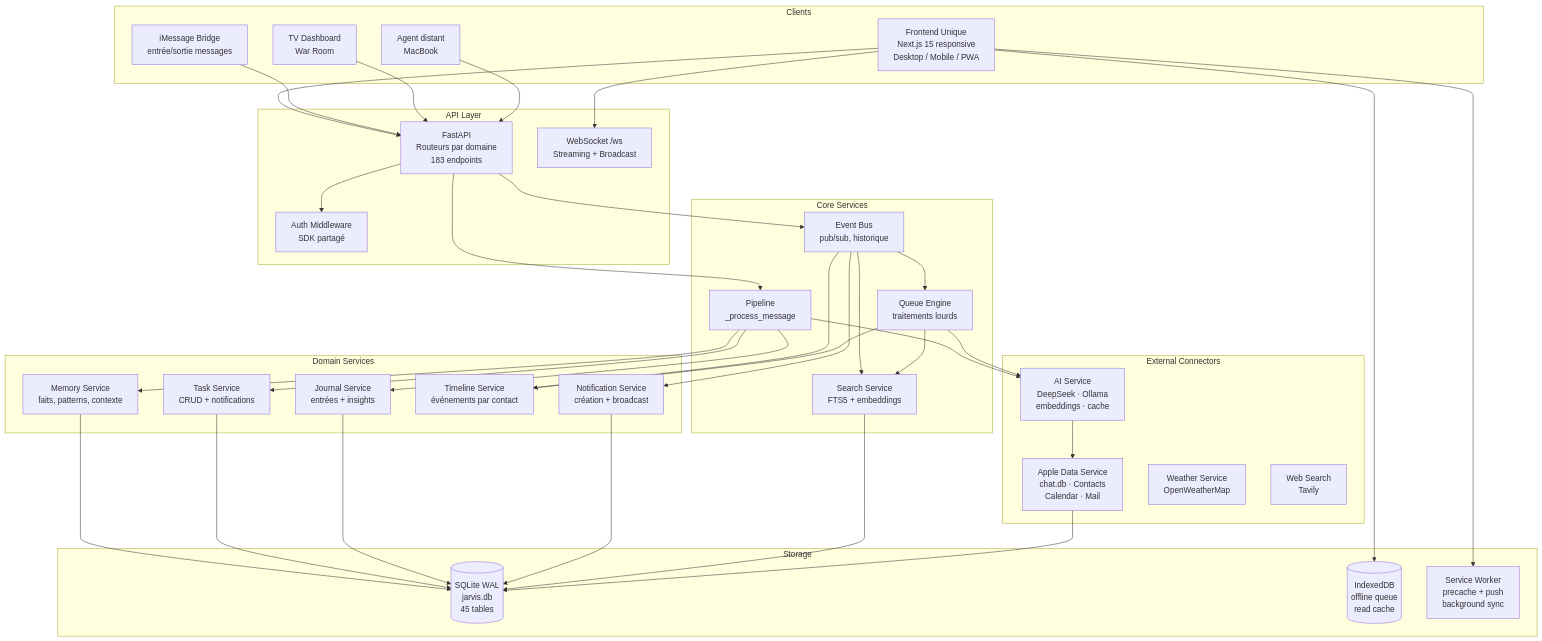
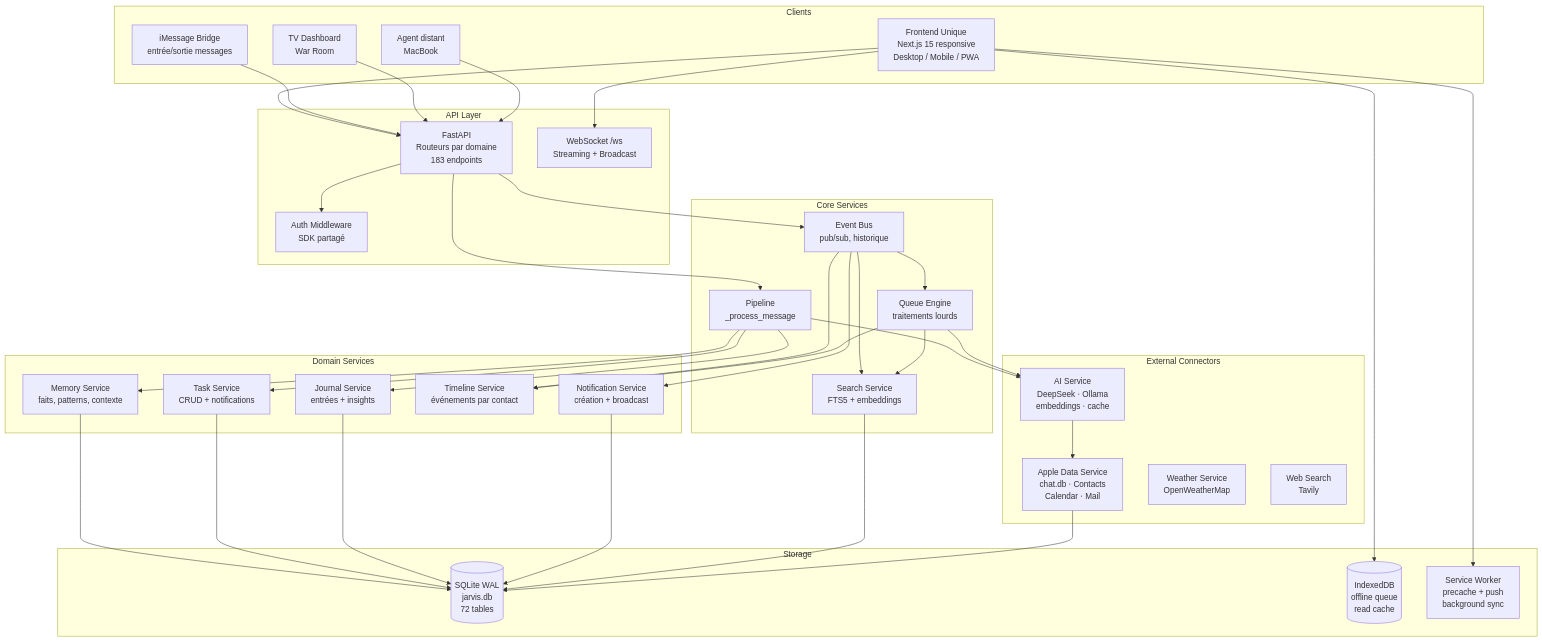
The first of 3 diagrams in Architecture/08_ARCHITECTURE_CIBLE.md (AVTAVANTTOUT2/JarvisAPI), drawn with Mermaid before and after one commit. The commit also changed other lines of this file and 19 other files, not shown here.

````diff
--- a/Architecture/08_ARCHITECTURE_CIBLE.md
+++ b/Architecture/08_ARCHITECTURE_CIBLE.md
@@ -12,79 +12,79 @@
 ```mermaid
 graph TB
     subgraph "Clients"
         FRONT["Frontend Unique<br/>Next.js 15 responsive<br/>Desktop / Mobile / PWA"]
         IMESSAGE_BRIDGE["iMessage Bridge<br/>entrée/sortie messages"]
         TV["TV Dashboard<br/>War Room"]
         AGENT["Agent distant<br/>MacBook"]
     end
 
     subgraph "API Layer"
         API["FastAPI<br/>Routeurs par domaine<br/>183 endpoints"]
         WS["WebSocket /ws<br/>Streaming + Broadcast"]
         AUTH["Auth Middleware<br/>SDK partagé"]
     end
 
     subgraph "Core Services"
         ORCH["Pipeline<br/>_process_message"]
         EVENT_BUS["Event Bus<br/>pub/sub, historique"]
         QUEUE["Queue Engine<br/>traitements lourds"]
         SEARCH["Search Service<br/>FTS5 + embeddings"]
     end
 
     subgraph "Domain Services"
         MEMORY["Memory Service<br/>faits, patterns, contexte"]
         TASK["Task Service<br/>CRUD + notifications"]
         JOURNAL["Journal Service<br/>entrées + insights"]
         TIMELINE["Timeline Service<br/>événements par contact"]
         NOTIF["Notification Service<br/>création + broadcast"]
     end
 
     subgraph "External Connectors"
         APPLE["Apple Data Service<br/>chat.db ⋅ Contacts<br/>Calendar ⋅ Mail"]
         LLM["AI Service<br/>DeepSeek ⋅ Ollama<br/>embeddings ⋅ cache"]
         WEATHER["Weather Service<br/>OpenWeatherMap"]
         WEB_SEARCH["Web Search<br/>Tavily"]
     end
 
     subgraph "Storage"
-        SQLITE[(SQLite WAL<br/>jarvis.db<br/>45 tables)]
+        SQLITE[(SQLite WAL<br/>jarvis.db<br/>72 tables)]
         IDB[(IndexedDB<br/>offline queue<br/>read cache)]
         SW["Service Worker<br/>precache + push<br/>background sync"]
     end
 
     FRONT --> API
     FRONT --> WS
     IMESSAGE_BRIDGE --> API
     TV --> API
     AGENT --> API
 
     API --> AUTH
     API --> ORCH
     API --> EVENT_BUS
 
     ORCH --> MEMORY
     ORCH --> TASK
     ORCH --> JOURNAL
     ORCH --> LLM
 
     EVENT_BUS --> NOTIF
     EVENT_BUS --> QUEUE
     EVENT_BUS --> TIMELINE
     EVENT_BUS --> SEARCH
 
     QUEUE --> LLM
     QUEUE --> SEARCH
     QUEUE --> TIMELINE
 
     MEMORY --> SQLITE
     TASK --> SQLITE
     JOURNAL --> SQLITE
     NOTIF --> SQLITE
     SEARCH --> SQLITE
 
     APPLE --> SQLITE
     LLM --> APPLE
 
     FRONT --> IDB
     FRONT --> SW
 ```
````
